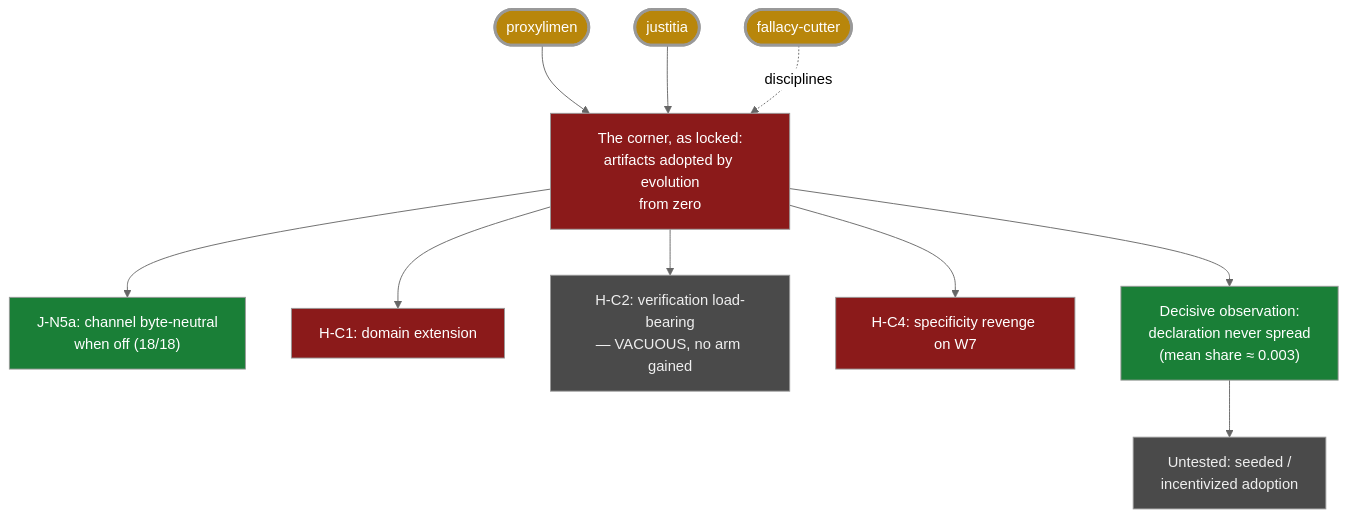
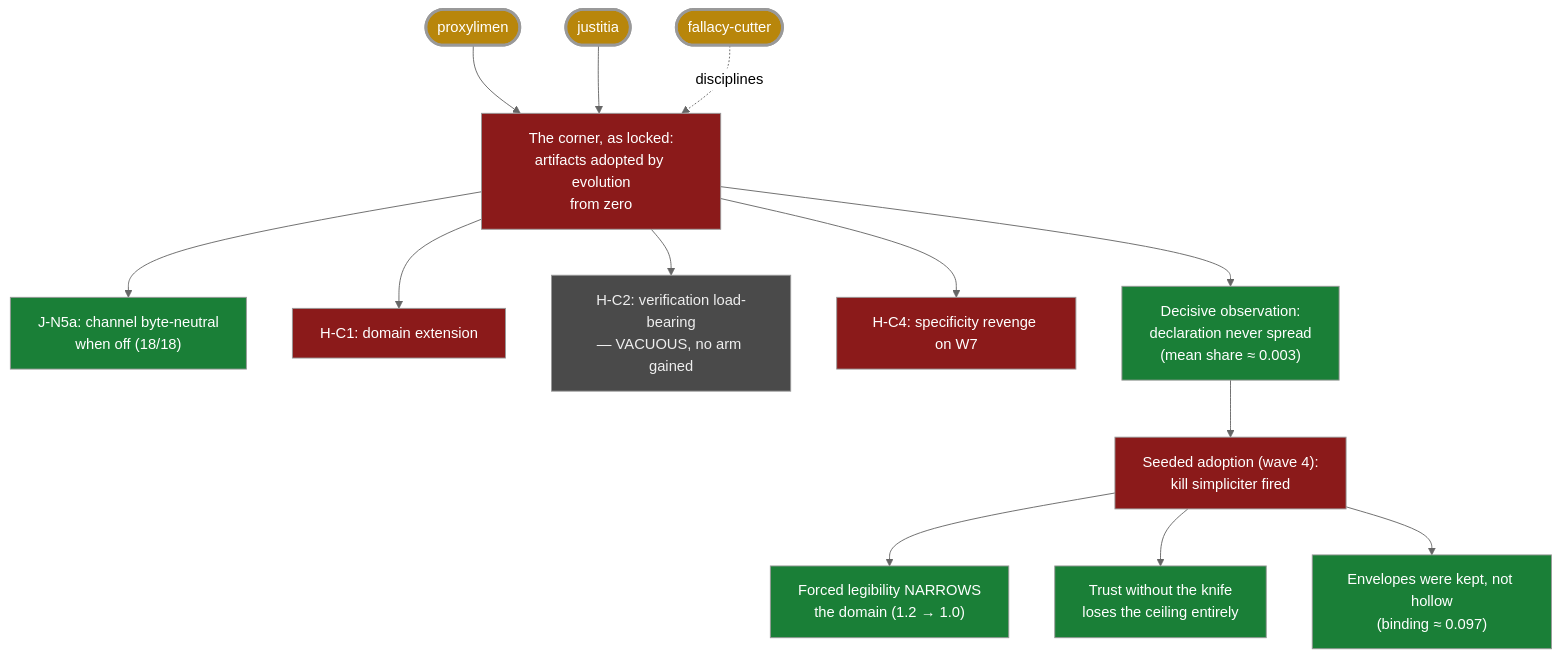
The diagram in ontology/lines/09-the-corner.md (Kirill-Kruglov/ascesis), drawn with Mermaid (neutral theme) before and after one commit. The commit also changed other lines of this file and 1 other file, not shown here.

First line of the commit message:
Line 09, second death: the corner is empty simpliciter

````diff
--- a/ontology/lines/09-the-corner.md
+++ b/ontology/lines/09-the-corner.md
@@ -16,18 +16,21 @@
 ```mermaid
 flowchart TD
     classDef verified fill:#1a7f37,color:#fff
     classDef falsified fill:#8b1a1a,color:#fff
     classDef open fill:#4a4a4a,color:#eee
     classDef concl fill:#b8860b,color:#fff,stroke-width:3px
 
     P(["proxylimen"]):::concl --> C
     J(["justitia"]):::concl --> C
     F(["fallacy-cutter"]):::concl -. disciplines .-> C
     C["The corner, as locked:<br/>artifacts adopted by evolution<br/>from zero"]:::falsified
     C --> E["J-N5a: channel byte-neutral<br/>when off (18/18)"]:::verified
     C --> H1["H-C1: domain extension"]:::falsified
     C --> H2["H-C2: verification load-bearing<br/>— VACUOUS, no arm gained"]:::open
     C --> H4["H-C4: specificity revenge on W7"]:::falsified
     C --> A["Decisive observation:<br/>declaration never spread<br/>(mean share ≈ 0.003)"]:::verified
-    A --> W8b["Untested: seeded /<br/>incentivized adoption"]:::open
+    A --> W8b["Seeded adoption (wave 4):<br/>kill simpliciter fired"]:::falsified
+    W8b --> L1["Forced legibility NARROWS<br/>the domain (1.2 → 1.0)"]:::verified
+    W8b --> L2["Trust without the knife<br/>loses the ceiling entirely"]:::verified
+    W8b --> L3["Envelopes were kept, not hollow<br/>(binding ≈ 0.097)"]:::verified
 ```
````
